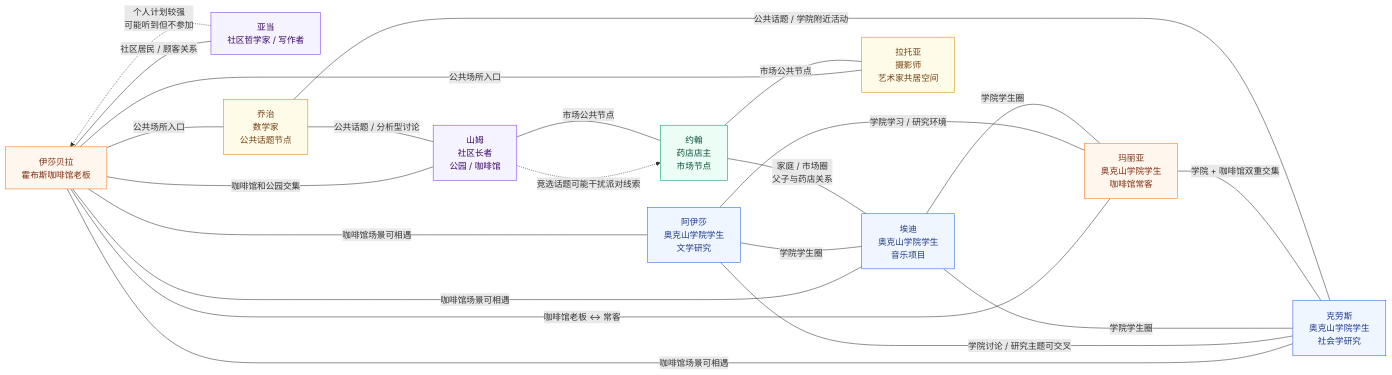
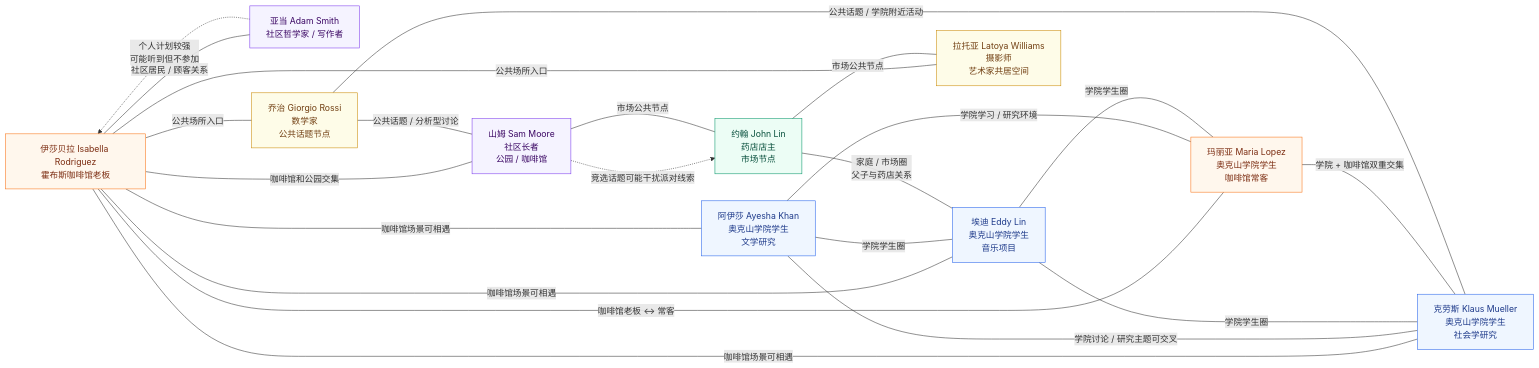
Before and after one commit to tbkken/GenerativeAgentsCN: the third of 7 diagrams in docs/book/manuscript/part_04/chapter_24.md, drawn with Mermaid. The commit also changed other lines of this file and 51 other files, not shown here.

````diff
--- a/docs/book/manuscript/part_04/chapter_24.md
+++ b/docs/book/manuscript/part_04/chapter_24.md
@@ -150,48 +150,48 @@
 ```mermaid
 graph LR
-    I["伊莎贝拉<br/>霍布斯咖啡馆老板"]
-    A["阿伊莎<br/>奥克山学院学生<br/>文学研究"]
-    E["埃迪<br/>奥克山学院学生<br/>音乐项目"]
-    AD["亚当<br/>社区哲学家 / 写作者"]
-    M["玛丽亚<br/>奥克山学院学生<br/>咖啡馆常客"]
-    K["克劳斯<br/>奥克山学院学生<br/>社会学研究"]
-    S["山姆<br/>社区长者<br/>公园 / 咖啡馆"]
-    J["约翰<br/>药店店主<br/>市场节点"]
-    L["拉托亚<br/>摄影师<br/>艺术家共居空间"]
-    G["乔治<br/>数学家<br/>公共话题节点"]
+    I["伊莎贝拉 Isabella Rodriguez<br/>霍布斯咖啡馆老板"]
+    A["阿伊莎 Ayesha Khan<br/>奥克山学院学生<br/>文学研究"]
+    E["埃迪 Eddy Lin<br/>奥克山学院学生<br/>音乐项目"]
+    AD["亚当 Adam Smith<br/>社区哲学家 / 写作者"]
+    M["玛丽亚 Maria Lopez<br/>奥克山学院学生<br/>咖啡馆常客"]
+    K["克劳斯 Klaus Mueller<br/>奥克山学院学生<br/>社会学研究"]
+    S["山姆 Sam Moore<br/>社区长者<br/>公园 / 咖啡馆"]
+    J["约翰 John Lin<br/>药店店主<br/>市场节点"]
+    L["拉托亚 Latoya Williams<br/>摄影师<br/>艺术家共居空间"]
+    G["乔治 Giorgio Rossi<br/>数学家<br/>公共话题节点"]
 
     I ---|"咖啡馆老板 ↔ 常客"| M
     I ---|"咖啡馆场景可相遇"| A
     I ---|"咖啡馆场景可相遇"| E
     I ---|"咖啡馆场景可相遇"| K
     I ---|"社区居民 / 顾客关系"| AD
     I ---|"咖啡馆和公园交集"| S
     I ---|"公共场所入口"| L
     I ---|"公共场所入口"| G
 
     A ---|"学院学生圈"| E
     A ---|"学院学习 / 研究环境"| M
     A ---|"学院讨论 / 研究主题可交叉"| K
     E ---|"学院学生圈"| M
     E ---|"学院学生圈"| K
     M ---|"学院 + 咖啡馆双重交集"| K
     J ---|"家庭 / 市场圈<br/>父子与药店关系"| E
     J ---|"市场公共节点"| S
     J ---|"市场公共节点"| L
     G ---|"公共话题 / 分析型讨论"| S
     G ---|"公共话题 / 学院附近活动"| K
 
     AD -.->|"个人计划较强<br/>可能听到但不参加"| I
     S -.->|"竞选话题可能干扰派对线索"| J
 
     classDef cafe fill:#fff7ed,stroke:#f97316,color:#7c2d12;
     classDef college fill:#eff6ff,stroke:#2563eb,color:#1e3a8a;
     classDef community fill:#f5f3ff,stroke:#7c3aed,color:#3b0764;
     classDef market fill:#ecfdf5,stroke:#059669,color:#064e3b;
     classDef public fill:#fefce8,stroke:#ca8a04,color:#713f12;
     class I,M cafe;
     class A,E,K college;
     class AD,S community;
     class J market;
     class L,G public;
 ```
````
